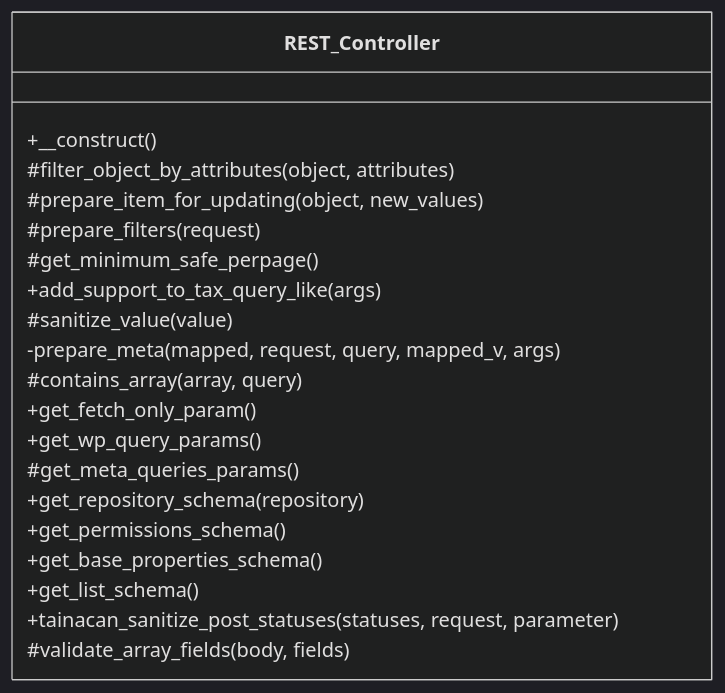
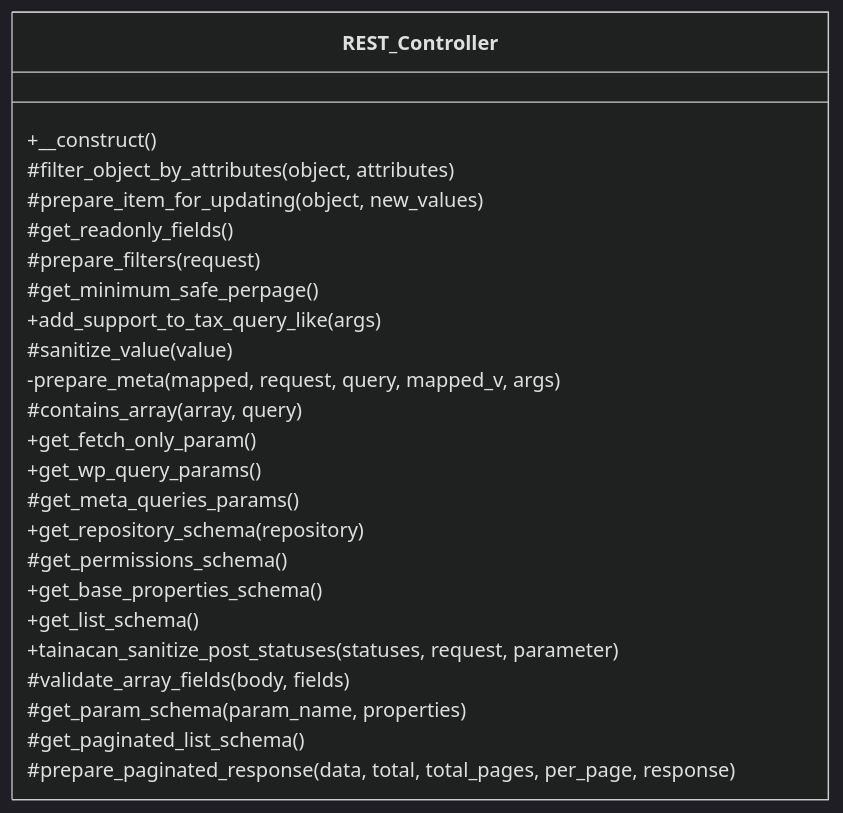
The diagram in docs/phpdoc/classes/Tainacan/API/REST_Controller.mmd (tainacan/tainacan), drawn with Mermaid (dark theme) before and after one commit. The commit also changed 35 other files, not shown here.

```diff
--- a/docs/phpdoc/classes/Tainacan/API/REST_Controller.mmd
+++ b/docs/phpdoc/classes/Tainacan/API/REST_Controller.mmd
@@ -1,22 +1,26 @@
 classDiagram
     direction TB
     class REST_Controller {
         +__construct()
         #filter_object_by_attributes(object, attributes)
         #prepare_item_for_updating(object, new_values)
+        #get_readonly_fields()
         #prepare_filters(request)
         #get_minimum_safe_perpage()
         +add_support_to_tax_query_like(args)
         #sanitize_value(value)
         -prepare_meta(mapped, request, query, mapped_v, args)
         #contains_array(array, query)
         +get_fetch_only_param()
         +get_wp_query_params()
         #get_meta_queries_params()
         +get_repository_schema(repository)
-        +get_permissions_schema()
+        #get_permissions_schema()
         +get_base_properties_schema()
         +get_list_schema()
         +tainacan_sanitize_post_statuses(statuses, request, parameter)
         #validate_array_fields(body, fields)
+        #get_param_schema(param_name, properties)
+        #get_paginated_list_schema()
+        #prepare_paginated_response(data, total, total_pages, per_page, response)
     }
```
